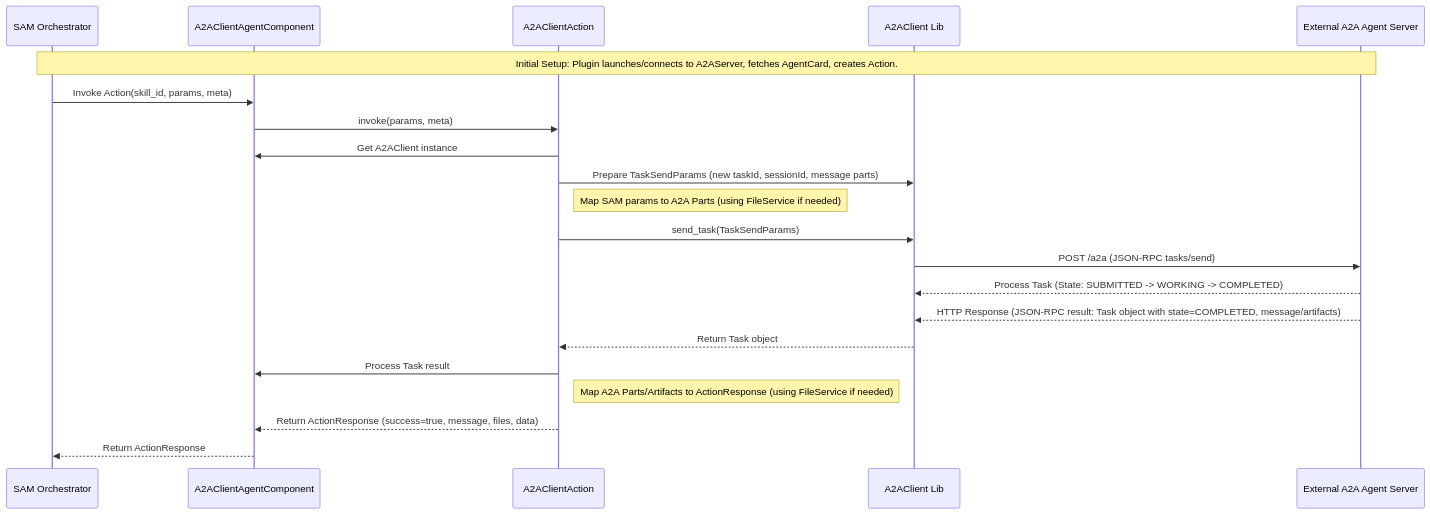
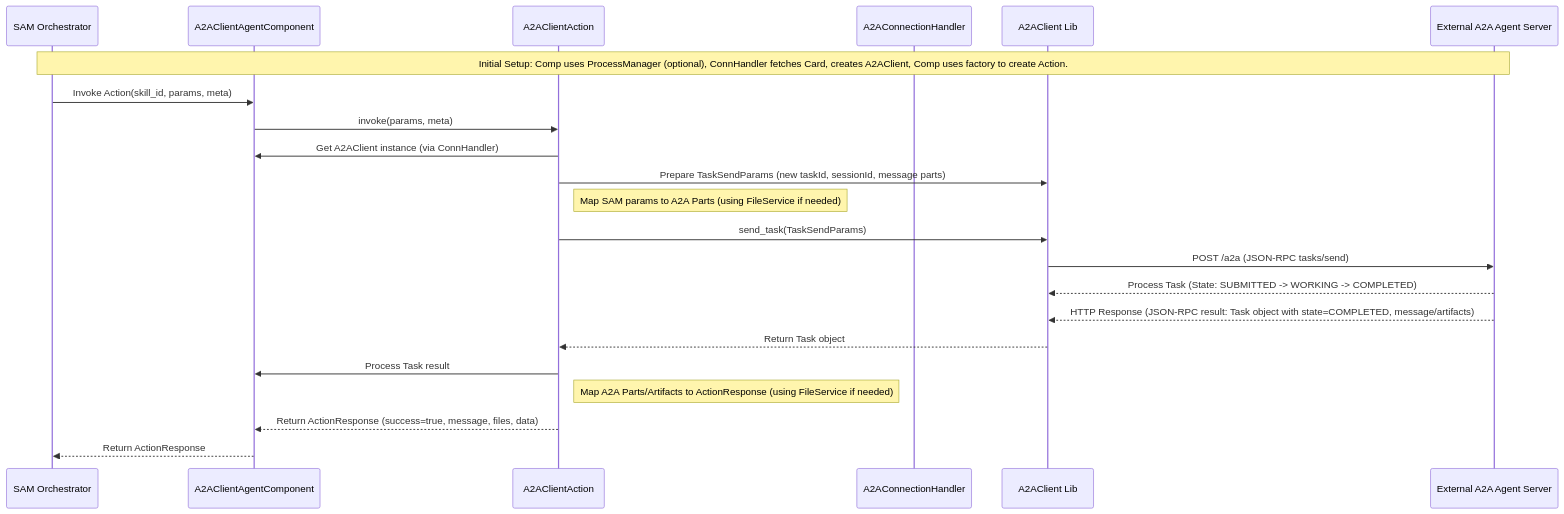
The second of 4 diagrams in sam-a2a-client/sam-a2a-client-architecture.md (SolaceLabs/solace-agent-mesh-core-plugins), drawn with Mermaid before and after one commit. The commit also changed other lines of this file, not shown here.

Commit message:
docs: update architecture doc to reflect refactored structure

````diff
--- a/sam-a2a-client/sam-a2a-client-architecture.md
+++ b/sam-a2a-client/sam-a2a-client-architecture.md
@@ -74,25 +92,26 @@
 ```mermaid
 sequenceDiagram
     participant Orch as SAM Orchestrator
-    participant Plugin as A2AClientAgentComponent
+    participant Comp as A2AClientAgentComponent
     participant Action as A2AClientAction
+    participant ConnHandler as A2AConnectionHandler
     participant A2AClient as A2AClient Lib
     participant A2AServer as External A2A Agent Server
 
-    Note over Orch, A2AServer: Initial Setup: Plugin launches/connects to A2AServer, fetches AgentCard, creates Action.
+    Note over Orch, A2AServer: Initial Setup: Comp uses ProcessManager (optional), ConnHandler fetches Card, creates A2AClient, Comp uses factory to create Action.
 
-    Orch->>Plugin: Invoke Action(skill_id, params, meta)
-    Plugin->>Action: invoke(params, meta)
-    Action->>Plugin: Get A2AClient instance
+    Orch->>Comp: Invoke Action(skill_id, params, meta)
+    Comp->>Action: invoke(params, meta)
+    Action->>Comp: Get A2AClient instance (via ConnHandler)
     Action->>A2AClient: Prepare TaskSendParams (new taskId, sessionId, message parts)
     Note right of Action: Map SAM params to A2A Parts (using FileService if needed)
     Action->>A2AClient: send_task(TaskSendParams)
     A2AClient->>A2AServer: POST /a2a (JSON-RPC tasks/send)
     A2AServer-->>A2AClient: Process Task (State: SUBMITTED -> WORKING -> COMPLETED)
     A2AServer-->>A2AClient: HTTP Response (JSON-RPC result: Task object with state=COMPLETED, message/artifacts)
     A2AClient-->>Action: Return Task object
-    Action->>Plugin: Process Task result
+    Action->>Comp: Process Task result
     Note right of Action: Map A2A Parts/Artifacts to ActionResponse (using FileService if needed)
-    Action-->>Plugin: Return ActionResponse (success=true, message, files, data)
-    Plugin-->>Orch: Return ActionResponse
+    Action-->>Comp: Return ActionResponse (success=true, message, files, data)
+    Comp-->>Orch: Return ActionResponse
 ```
````
